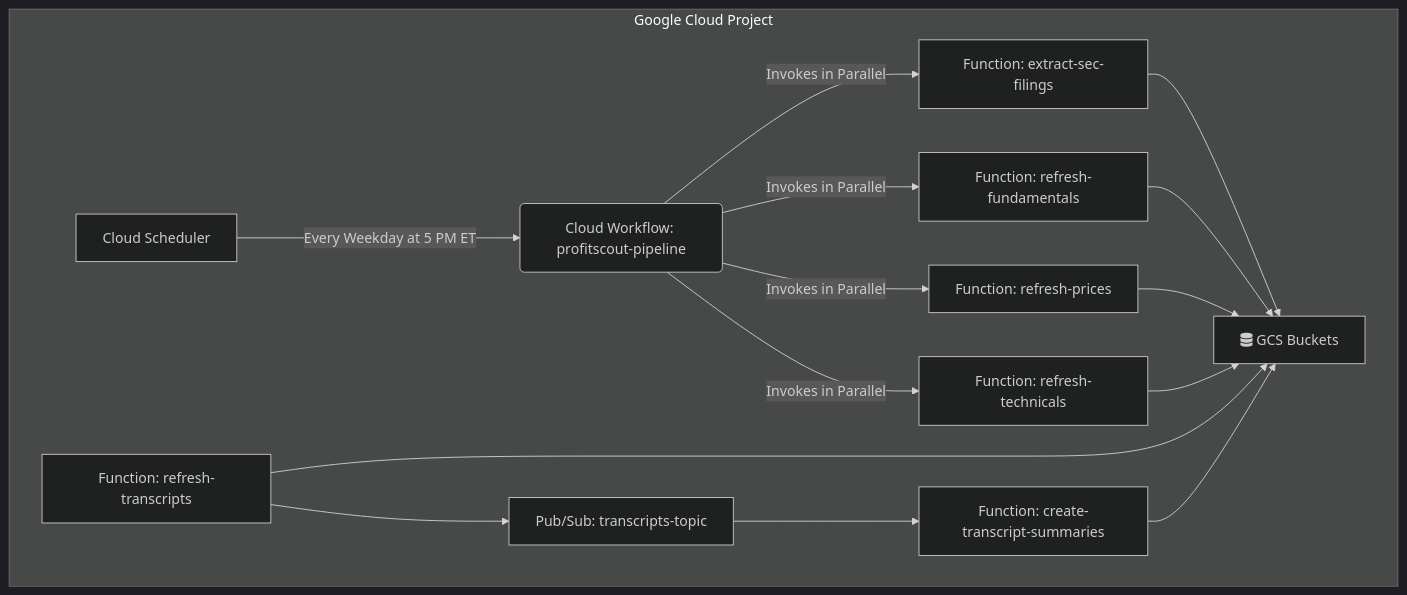
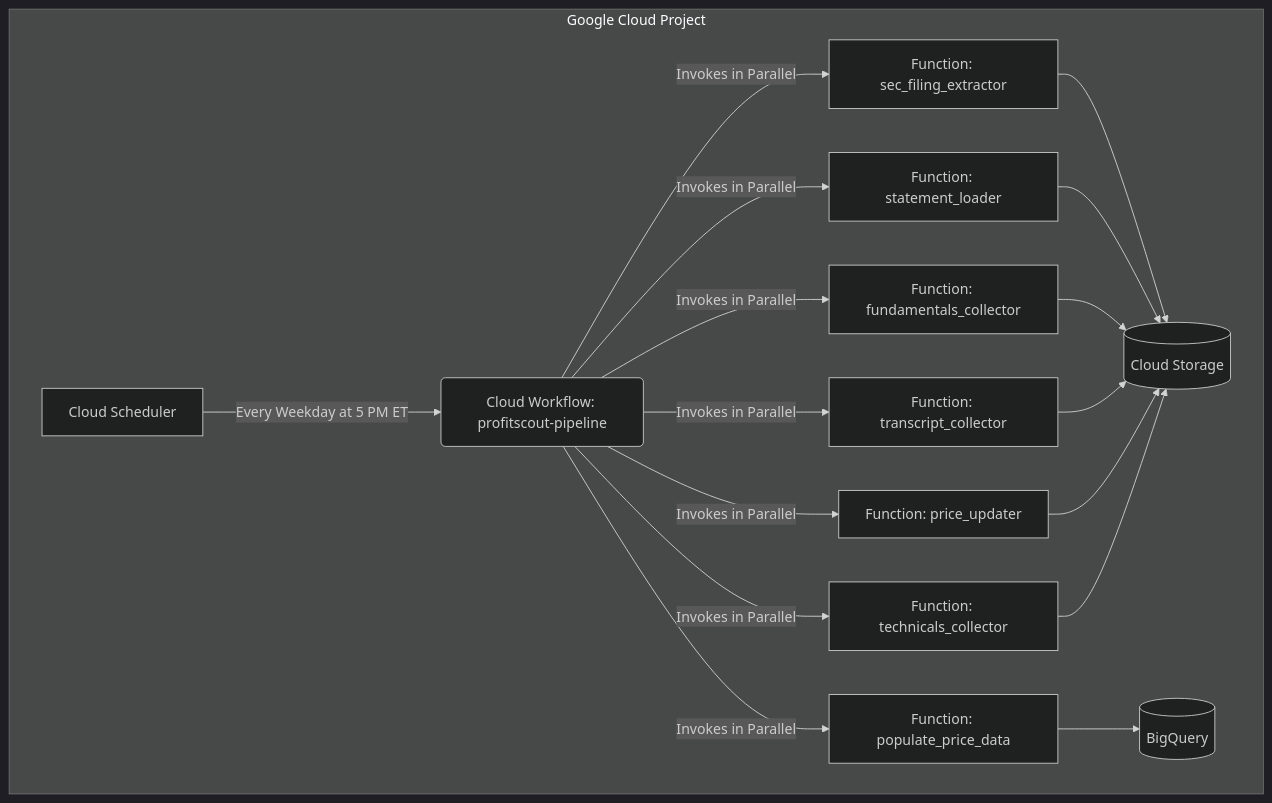
One commit to DevDizzle/profitscout-engine changed the first of 2 diagrams in README.md. Above: the diagram before and after it, drawn with Mermaid (dark theme). The commit also changed other lines of this file, not shown here.

Commit message:
Update README architecture and deployment instructions

````diff
--- a/README.md
+++ b/README.md
@@ -25,21 +25,22 @@
 ```mermaid
 graph TD
     subgraph "Google Cloud Project"
-        A[Cloud Scheduler] -->|Every Weekday at 5 PM ET| B(Cloud Workflow: profitscout-pipeline);
+        A[Cloud Scheduler] -->|Every Weekday at 5 PM ET| B(Cloud Workflow: profitscout-pipeline)
 
-        B -->|Invokes in Parallel| C1[Function: extract-sec-filings];
-        B -->|Invokes in Parallel| C2[Function: refresh-fundamentals];
-        B -->|Invokes in Parallel| C3[Function: refresh-prices];
-        B -->|Invokes in Parallel| C4[Function: refresh-technicals];
+        B -->|Invokes in Parallel| C1[Function: sec_filing_extractor]
+        B -->|Invokes in Parallel| C2[Function: statement_loader]
+        B -->|Invokes in Parallel| C3[Function: fundamentals_collector]
+        B -->|Invokes in Parallel| C4[Function: transcript_collector]
+        B -->|Invokes in Parallel| C5[Function: populate_price_data]
+        B -->|Invokes in Parallel| C6[Function: price_updater]
+        B -->|Invokes in Parallel| C7[Function: technicals_collector]
 
-        C1 --> E[(Cloud Storage)];
-        C2 --> E;
-        C3 --> E;
-        C4 --> E;
-
-        F[Pub/Sub: transcripts-topic] --> G[Function: create-transcript-summaries];
-        D[Function: refresh-transcripts] --> F;
-        D --> E;
-        G --> E[fa:fa-database GCS Buckets];
+        C1 --> S[(Cloud Storage)]
+        C2 --> S
+        C3 --> S
+        C4 --> S
+        C6 --> S
+        C7 --> S
+        C5 --> Q[(BigQuery)]
     end
 ```
````
